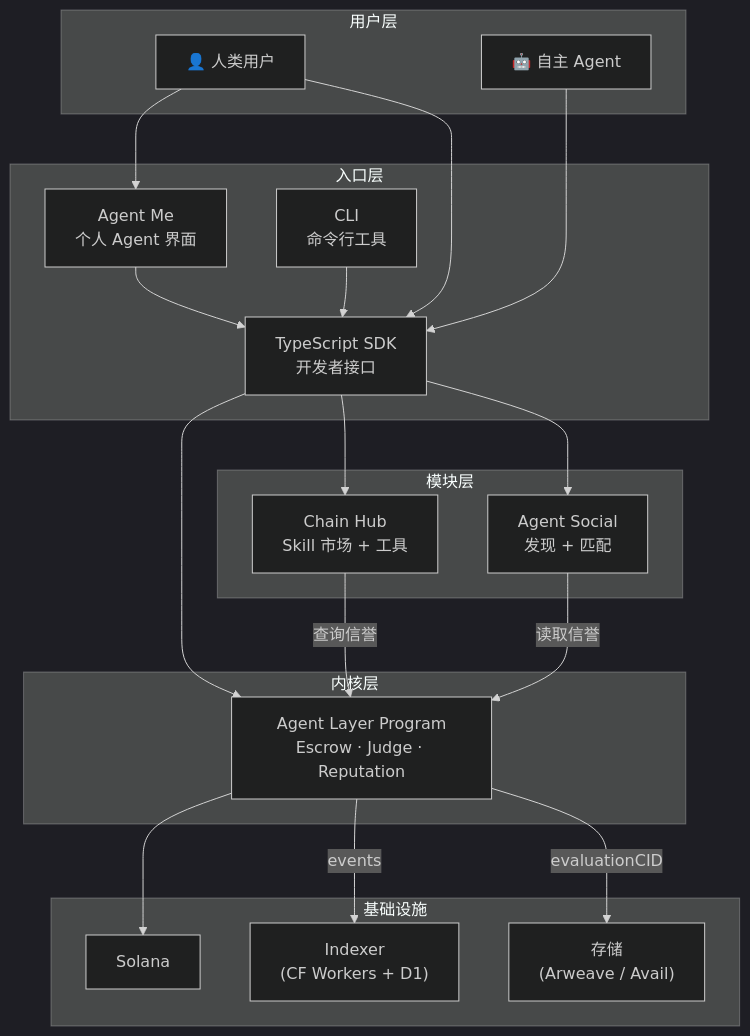
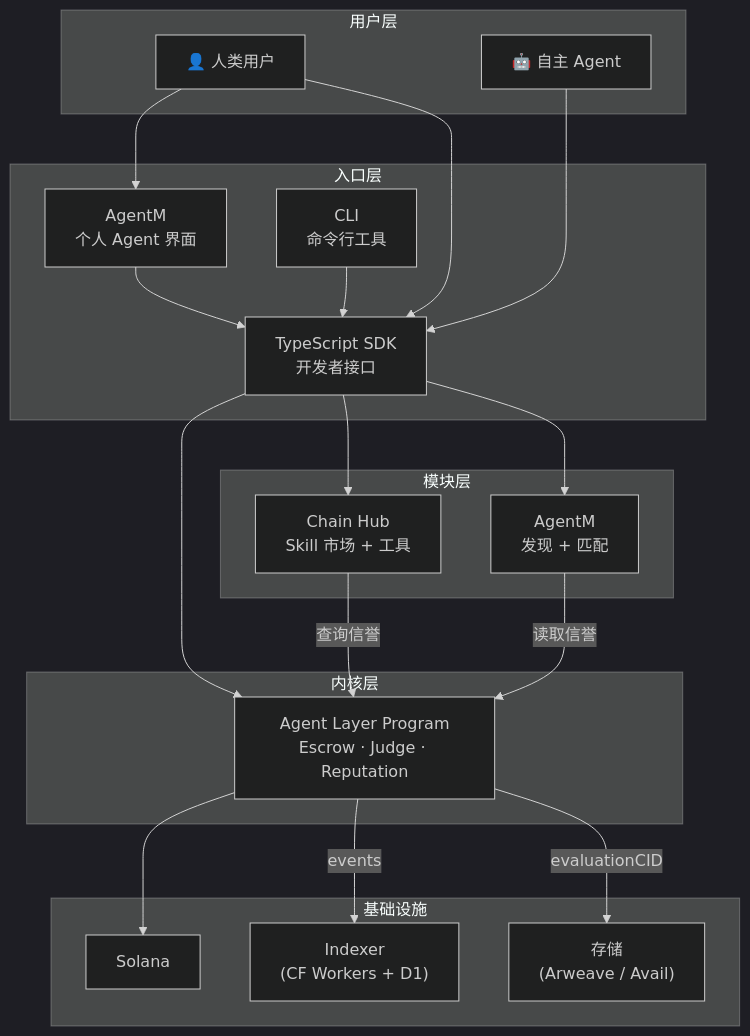
Before and after one commit to DaviRain-Su/gradience: the diagram in protocol/design/system-architecture.md, drawn with Mermaid (dark theme). The commit also changed other lines of this file and 79 other files, not shown here.

````diff
--- a/protocol/design/system-architecture.md
+++ b/protocol/design/system-architecture.md
@@ -69,45 +69,45 @@
 ```mermaid
 flowchart TB
     subgraph Users["用户层"]
         Human["👤 人类用户"]
         AgentBot["🤖 自主 Agent"]
     end
     
     subgraph Entry["入口层"]
-        AgentMe["Agent Me<br/>个人 Agent 界面"]
+        AgentM["AgentM<br/>个人 Agent 界面"]
         SDK["TypeScript SDK<br/>开发者接口"]
         CLI["CLI<br/>命令行工具"]
     end
     
     subgraph Modules["模块层"]
         ChainHub["Chain Hub<br/>Skill 市场 + 工具"]
-        Social["Agent Social<br/>发现 + 匹配"]
+        Social["AgentM<br/>发现 + 匹配"]
     end
     
     subgraph Kernel["内核层"]
         AgentLayer["Agent Layer Program<br/>Escrow · Judge · Reputation"]
     end
     
     subgraph Infra["基础设施"]
         Solana["Solana"]
         Indexer["Indexer<br/>(CF Workers + D1)"]
         Storage["存储<br/>(Arweave / Avail)"]
     end
     
-    Human --> AgentMe
+    Human --> AgentM
     Human --> SDK
     AgentBot --> SDK
-    AgentMe --> SDK
+    AgentM --> SDK
     
     SDK --> AgentLayer
     SDK --> ChainHub
     SDK --> Social
     CLI --> SDK
     
     ChainHub -->|"查询信誉"| AgentLayer
     Social -->|"读取信誉"| AgentLayer
     
     AgentLayer --> Solana
     AgentLayer -->|"events"| Indexer
     AgentLayer -->|"evaluationCID"| Storage
 ```
````
